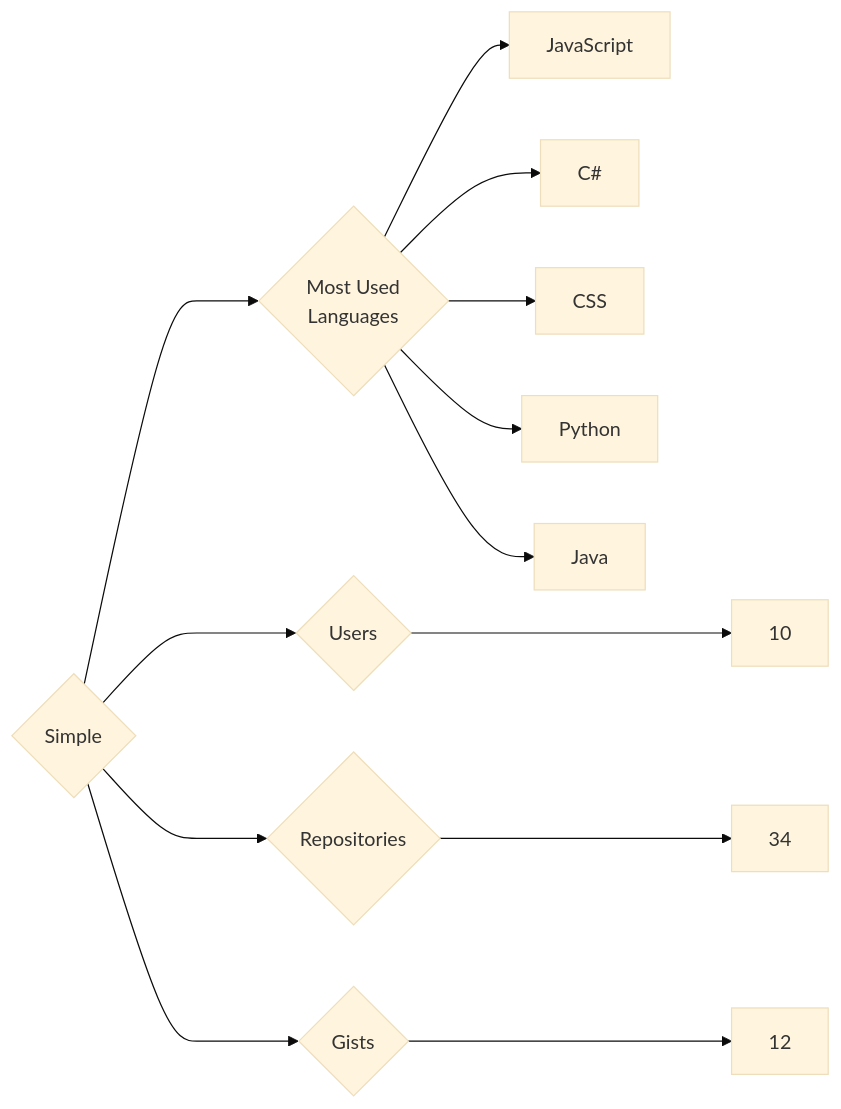
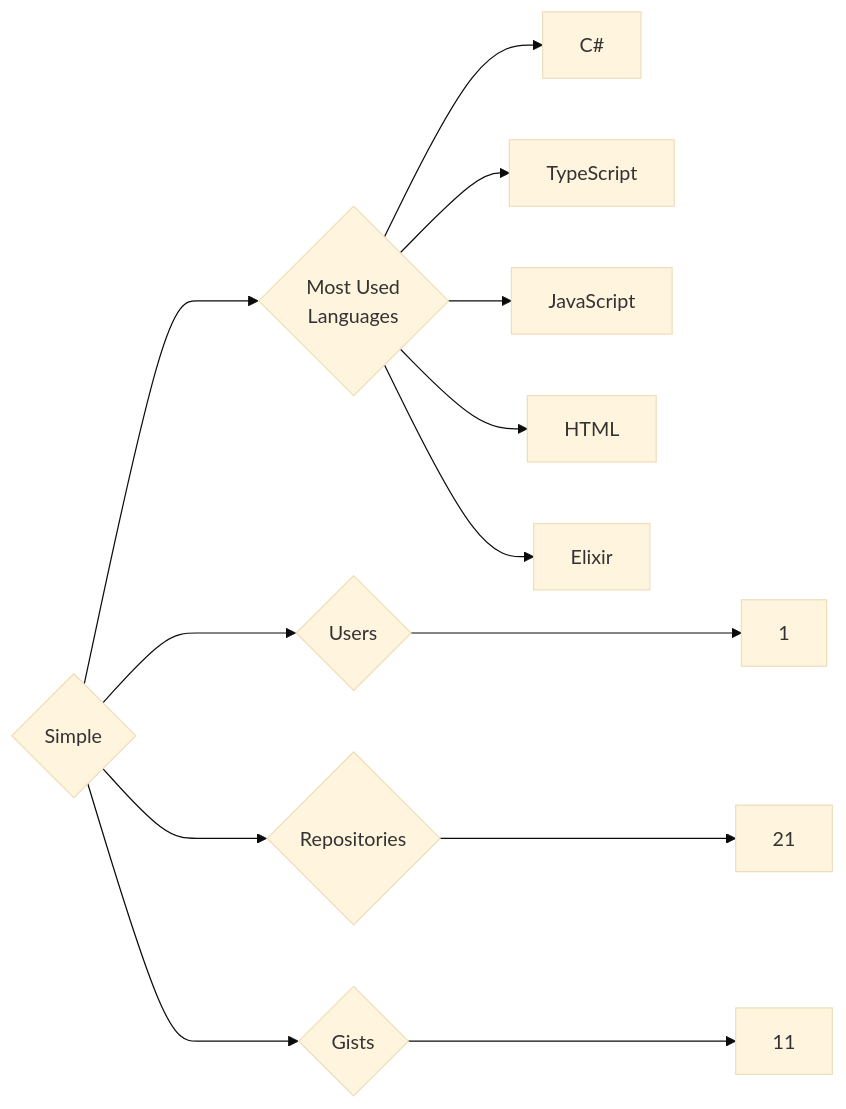
Before and after one commit to trickest/insiders: the diagram in targets/Simple/README.md, drawn with Mermaid (base theme). The commit also changed 787 other files, not shown here.

````diff
--- a/targets/Simple/README.md
+++ b/targets/Simple/README.md
@@ -3,13 +3,13 @@
 ```mermaid
 graph LR
 COMPANY_NAME{Simple}
-COMPANY_NAME ---> U{Users} ---> UN[10]
-COMPANY_NAME ---> R{Repositories} ---> RN[34]
-COMPANY_NAME ---> G{Gists} ---> GN[12]
+COMPANY_NAME ---> U{Users} ---> UN[1]
+COMPANY_NAME ---> R{Repositories} ---> RN[21]
+COMPANY_NAME ---> G{Gists} ---> GN[11]
 COMPANY_NAME ---> ML{Most Used<br>Languages}
+ML --> C#[C#]
+ML --> TypeScript[TypeScript]
 ML --> JavaScript[JavaScript]
-ML --> C#[C#]
-ML --> CSS[CSS]
-ML --> Python[Python]
-ML --> Java[Java]
+ML --> HTML[HTML]
+ML --> Elixir[Elixir]
 ```
````
